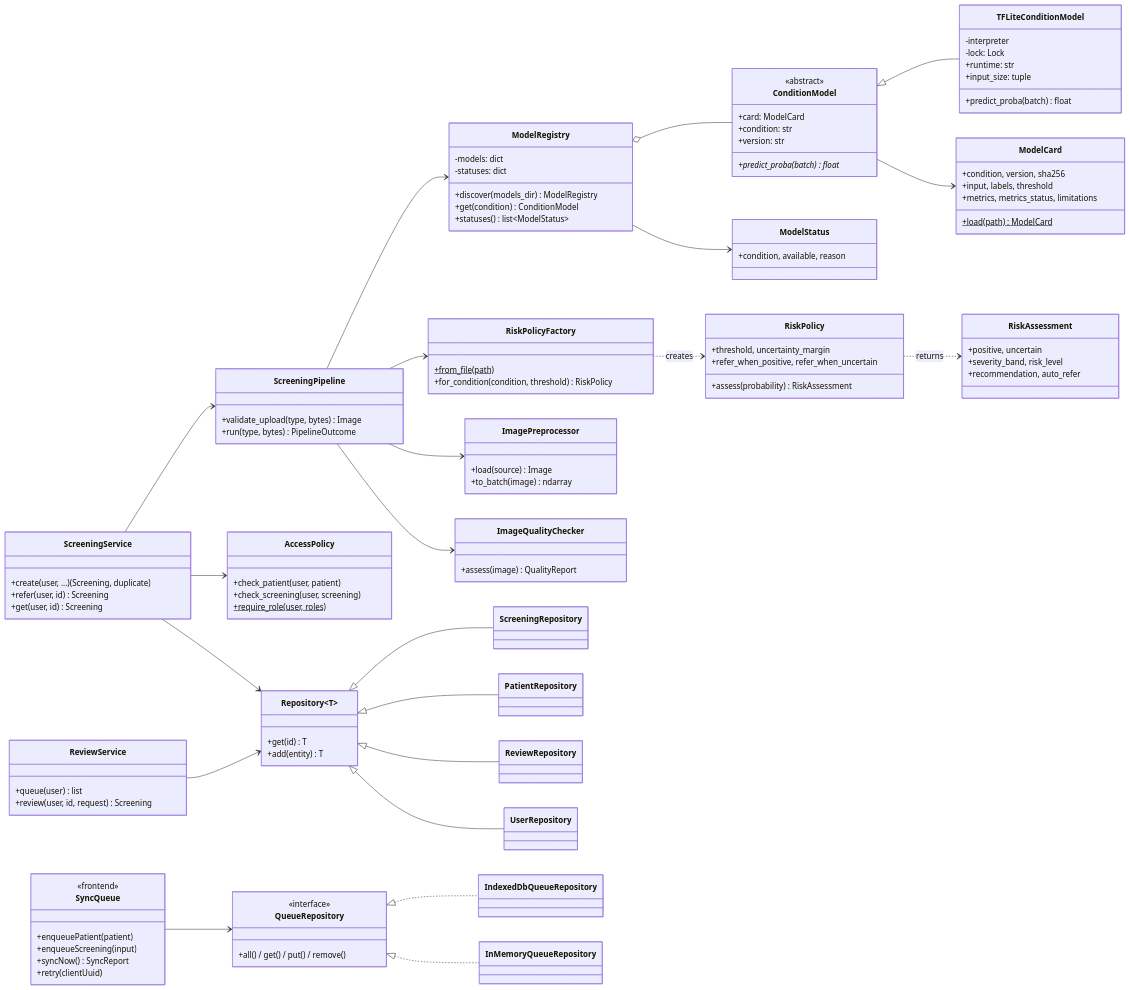
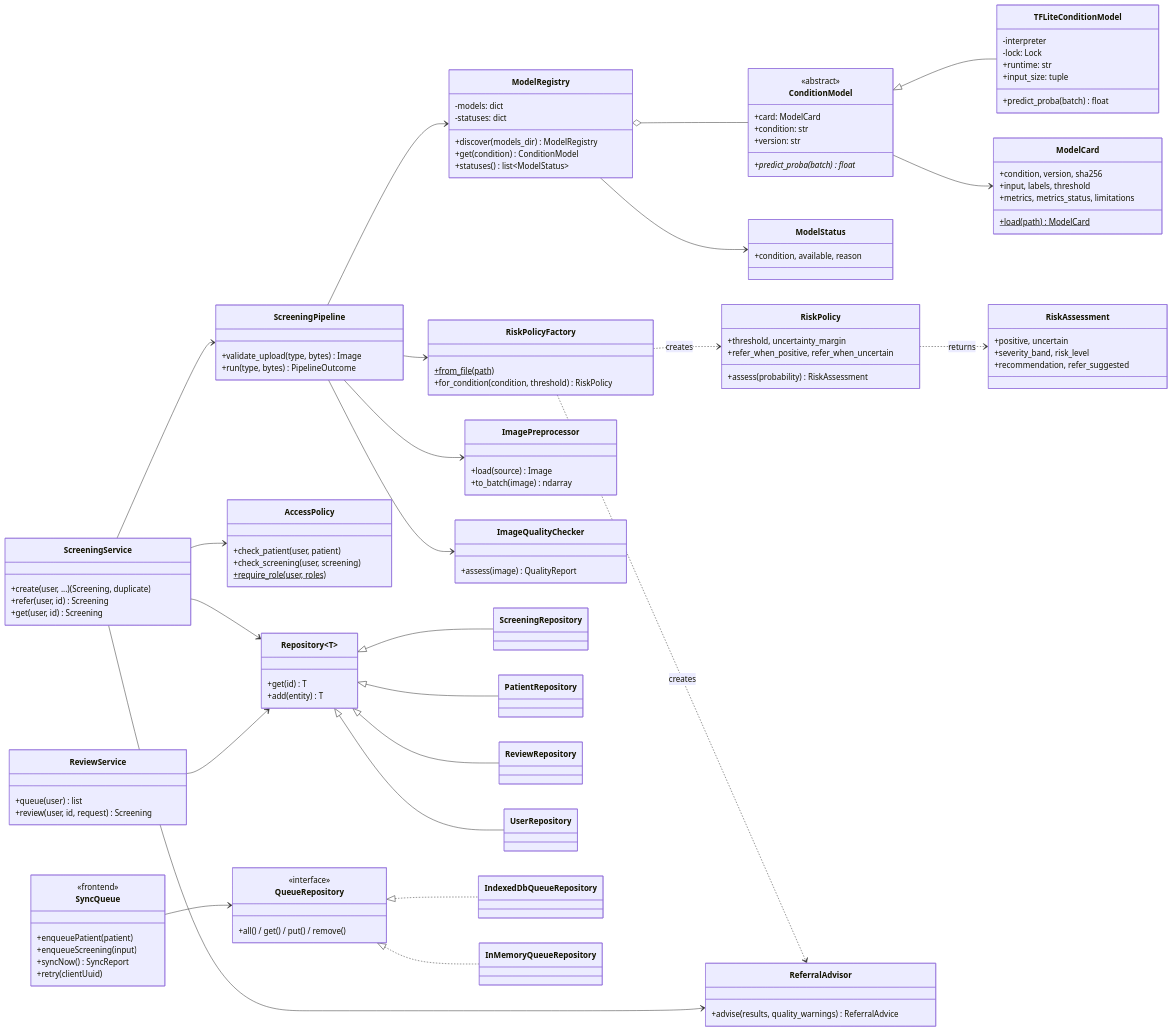
The diagram in docs/diagrams/src/class.mmd (Mikekimm/michael-kimani-eye-screening-capstone), drawn with Mermaid before and after one commit. The commit also changed 7 other files, not shown here.

Commit message:
docs(diagrams): ask-a-specialist referral, fundus check, sign-up requests and soft delete

```diff
--- a/docs/diagrams/src/class.mmd
+++ b/docs/diagrams/src/class.mmd
@@ -1,110 +1,115 @@
 classDiagram
   direction LR
 
   class ConditionModel {
     <<abstract>>
     +card: ModelCard
     +condition: str
     +version: str
     +predict_proba(batch) float*
   }
   class TFLiteConditionModel {
     -interpreter
     -lock: Lock
     +runtime: str
     +input_size: tuple
     +predict_proba(batch) float
   }
   class ModelCard {
     +condition, version, sha256
     +input, labels, threshold
     +metrics, metrics_status, limitations
     +load(path)$ ModelCard
   }
   class ModelRegistry {
     -models: dict
     -statuses: dict
     +discover(models_dir) ModelRegistry
     +get(condition) ConditionModel
     +statuses() list~ModelStatus~
   }
   class ModelStatus {
     +condition, available, reason
   }
   class RiskPolicy {
     +threshold, uncertainty_margin
     +refer_when_positive, refer_when_uncertain
     +assess(probability) RiskAssessment
   }
   class RiskPolicyFactory {
     +from_file(path)$
     +for_condition(condition, threshold) RiskPolicy
   }
   class RiskAssessment {
     +positive, uncertain
     +severity_band, risk_level
-    +recommendation, auto_refer
+    +recommendation, refer_suggested
+  }
+  class ReferralAdvisor {
+    +advise(results, quality_warnings) ReferralAdvice
   }
   class ScreeningPipeline {
     +validate_upload(type, bytes) Image
     +run(type, bytes) PipelineOutcome
   }
   class ImagePreprocessor {
     +load(source) Image
     +to_batch(image) ndarray
   }
   class ImageQualityChecker {
     +assess(image) QualityReport
   }
   class ScreeningService {
     +create(user, ...) (Screening, duplicate)
     +refer(user, id) Screening
     +get(user, id) Screening
   }
   class ReviewService {
     +queue(user) list
     +review(user, id, request) Screening
   }
   class AccessPolicy {
     +check_patient(user, patient)
     +check_screening(user, screening)
     +require_role(user, roles)$
   }
   class Repository~T~ {
     +get(id) T
     +add(entity) T
   }
 
   ConditionModel <|-- TFLiteConditionModel
   ConditionModel --> ModelCard
   ModelRegistry o-- ConditionModel
   ModelRegistry --> ModelStatus
   RiskPolicyFactory ..> RiskPolicy : creates
   RiskPolicy ..> RiskAssessment : returns
+  RiskPolicyFactory ..> ReferralAdvisor : creates
+  ScreeningService --> ReferralAdvisor
   ScreeningPipeline --> ModelRegistry
   ScreeningPipeline --> RiskPolicyFactory
   ScreeningPipeline --> ImagePreprocessor
   ScreeningPipeline --> ImageQualityChecker
   ScreeningService --> ScreeningPipeline
   ScreeningService --> AccessPolicy
   ScreeningService --> Repository
   ReviewService --> Repository
   Repository <|-- ScreeningRepository
   Repository <|-- PatientRepository
   Repository <|-- ReviewRepository
   Repository <|-- UserRepository
 
   class SyncQueue {
     <<frontend>>
     +enqueuePatient(patient)
     +enqueueScreening(input)
     +syncNow() SyncReport
     +retry(clientUuid)
   }
   class QueueRepository {
     <<interface>>
     +all() / get() / put() / remove()
   }
   SyncQueue --> QueueRepository
   QueueRepository <|.. IndexedDbQueueRepository
   QueueRepository <|.. InMemoryQueueRepository
```
